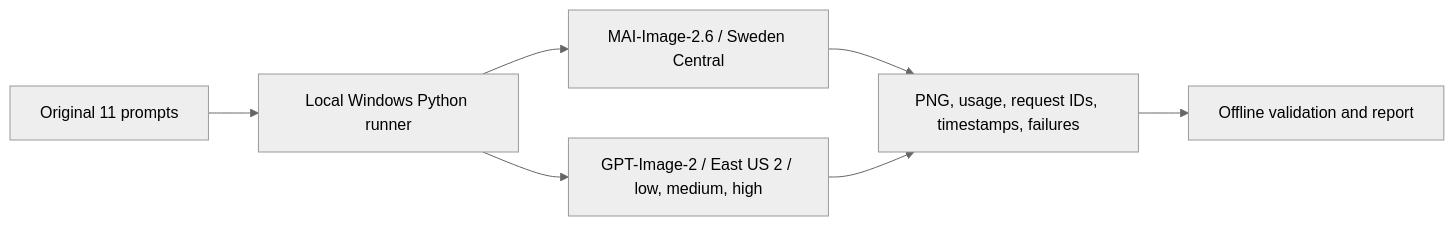
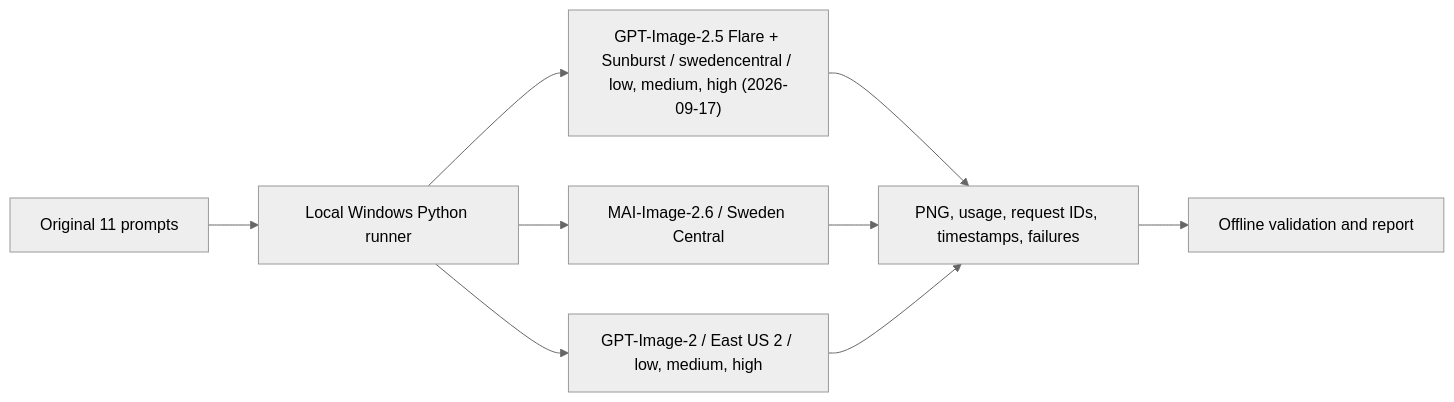
Before and after one commit to david-xinyuwei/david-share: the diagram in Multimodal-Models/MAI-Image-2-vs-GPT-Image-Benchmark/README-CN.md, drawn with Mermaid (neutral theme). The commit also changed other lines of this file and 287 other files, not shown here.

First line of the commit message:
Add GPT-Image-2.5 Flare and Sunburst at low, medium and high to the image benchmark

````diff
--- a/Multimodal-Models/MAI-Image-2-vs-GPT-Image-Benchmark/README-CN.md
+++ b/Multimodal-Models/MAI-Image-2-vs-GPT-Image-Benchmark/README-CN.md
@@ -368,9 +488,11 @@
 ```mermaid
 flowchart LR
     prompts["Original 11 prompts"] --> runner["Local Windows Python runner"]
     runner --> mai["MAI-Image-2.6 / Sweden Central"]
     runner --> gpt["GPT-Image-2 / East US 2 / low, medium, high"]
+    runner --> gpt25["GPT-Image-2.5 Flare + Sunburst / swedencentral / low, medium, high (2026-09-17)"]
+    gpt25 --> evidence
     mai --> evidence["PNG, usage, request IDs, timestamps, failures"]
     gpt --> evidence
     evidence --> summary["Offline validation and report"]
 ```
````
